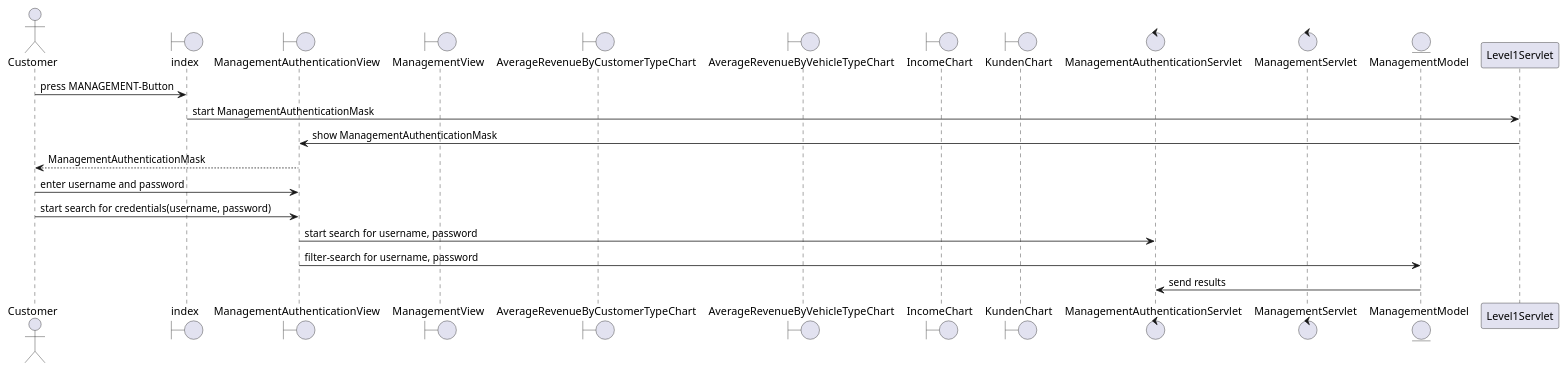
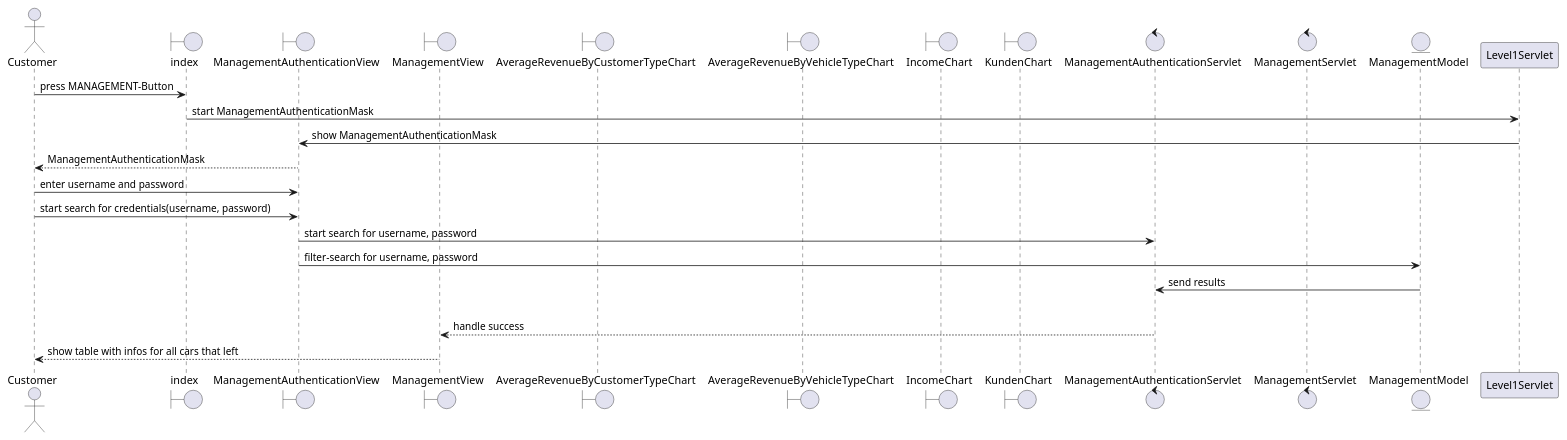
One commit to 1nbetw33n/Parkhaus_new changed the diagram in src/main/parkhaus-project/Parkhaus/java/Planung/DIAGRAMM/sd_Management.puml. Above: the diagram before and after it, drawn with PlantUML.

Commit message:
Added credentials valid process

```diff
--- a/src/main/parkhaus-project/Parkhaus/java/Planung/DIAGRAMM/sd_Management.puml
+++ b/src/main/parkhaus-project/Parkhaus/java/Planung/DIAGRAMM/sd_Management.puml
@@ -1,25 +1,28 @@
 @startuml
 'https://plantuml.com/sequence-diagram
 actor Customer
 boundary index
 boundary ManagementAuthenticationView
 boundary ManagementView
 boundary AverageRevenueByCustomerTypeChart
 boundary AverageRevenueByVehicleTypeChart
 boundary IncomeChart
 boundary KundenChart
 control ManagementAuthenticationServlet
 control ManagementServlet
 entity ManagementModel
 Customer -> index : press MANAGEMENT-Button
 index -> Level1Servlet : start ManagementAuthenticationMask
 Level1Servlet -> ManagementAuthenticationView : show ManagementAuthenticationMask
 ManagementAuthenticationView --> Customer : ManagementAuthenticationMask
 Customer -> ManagementAuthenticationView : enter username and password
 Customer -> ManagementAuthenticationView : start search for credentials(username, password)
 ManagementAuthenticationView -> ManagementAuthenticationServlet : start search for username, password
 ManagementAuthenticationView -> ManagementModel : filter-search for username, password
 ManagementModel -> ManagementAuthenticationServlet : send results
+alt credentials valid
+    ManagementAuthenticationServlet --> ManagementView : handle success
+    ManagementView --> Customer : show table with infos for all cars that left
 
 
 @enduml
```
